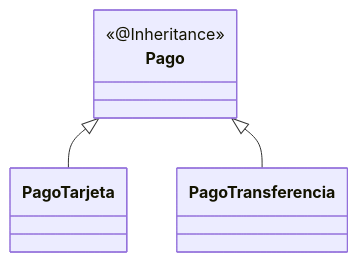
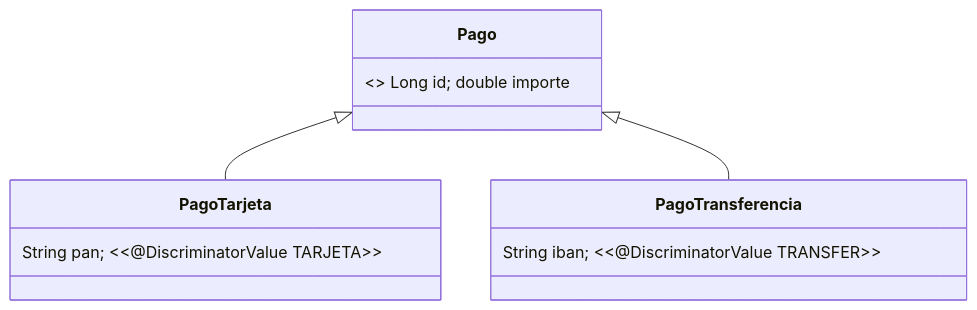
Before and after one commit to obiticadev/DAM-2025-26: the fourth of 5 diagrams in Programación/Aprendizaje autodidacta/11_APIRESTMasterclass/teoria/14_JPA_Avanzado.md, drawn with Mermaid. The commit also changed other lines of this file and 69 other files, not shown here.

````diff
--- a/Programación/Aprendizaje autodidacta/11_APIRESTMasterclass/teoria/14_JPA_Avanzado.md
+++ b/Programación/Aprendizaje autodidacta/11_APIRESTMasterclass/teoria/14_JPA_Avanzado.md
@@ -35,6 +307,8 @@
 ```mermaid
 classDiagram
     Pago <|-- PagoTarjeta
     Pago <|-- PagoTransferencia
-    class Pago { <<@Inheritance>> }
+    class Pago { <<abstract @Inheritance>> Long id; double importe }
+    class PagoTarjeta { String pan; <<@DiscriminatorValue TARJETA>> }
+    class PagoTransferencia { String iban; <<@DiscriminatorValue TRANSFER>> }
 ```
````
